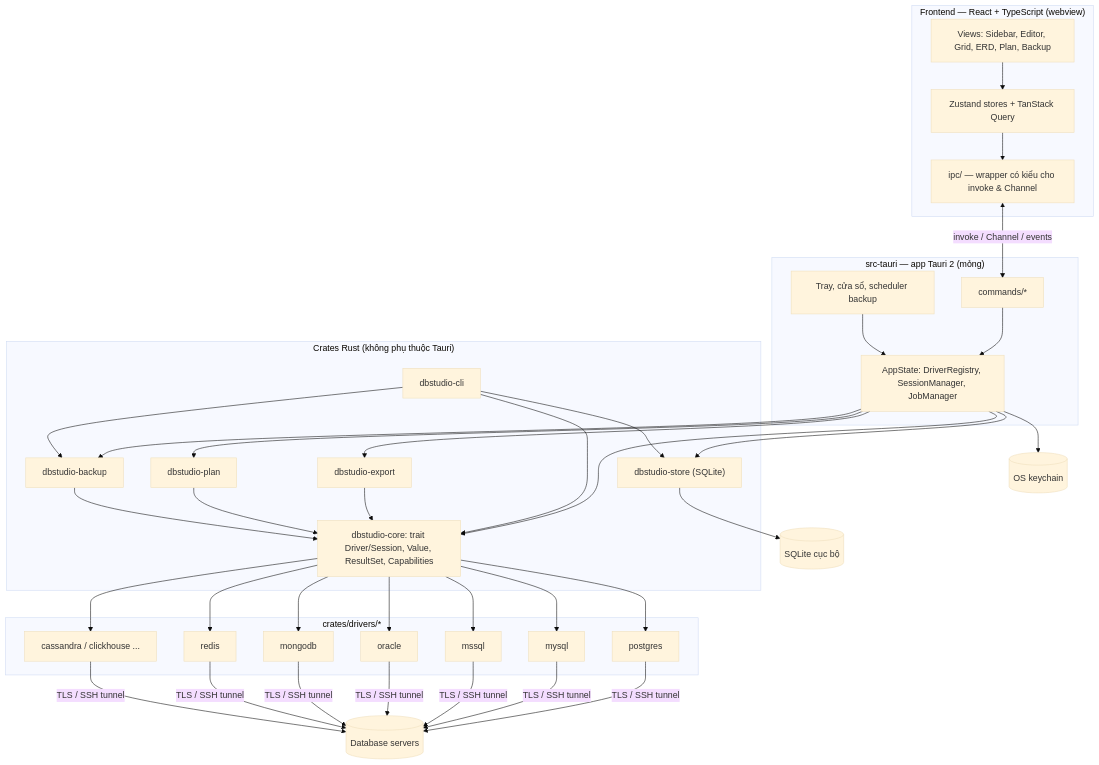
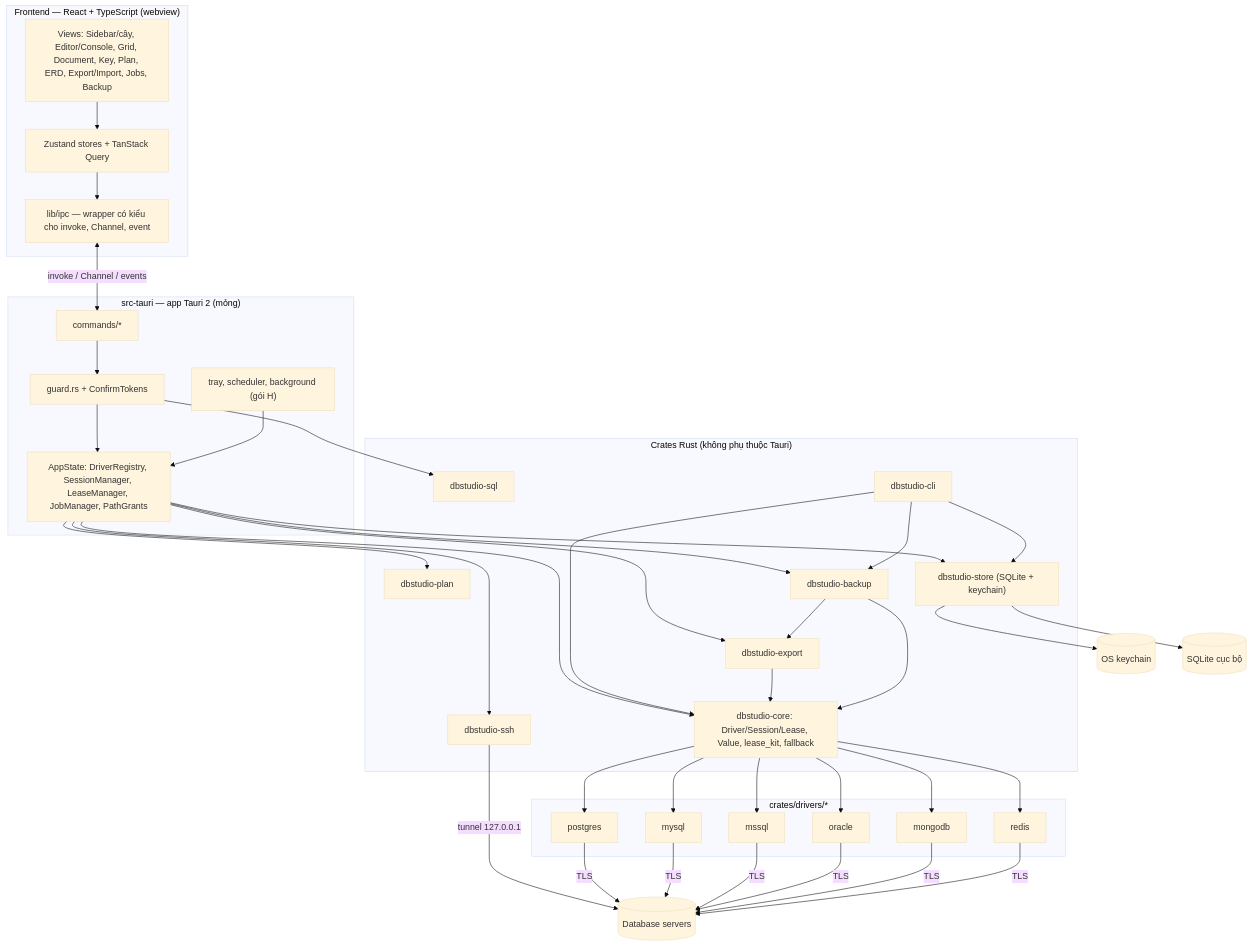
One commit to rickymta/dbstudio changed the first of 3 diagrams in docs/architecture.md. Above: the diagram before and after it, drawn with Mermaid (base theme). The commit also changed other lines of this file and 4 other files, not shown here.

````diff
--- a/docs/architecture.md
+++ b/docs/architecture.md
@@ -17,50 +17,53 @@
 ```mermaid
 flowchart TB
     subgraph FE["Frontend — React + TypeScript (webview)"]
-        UI["Views: Sidebar, Editor, Grid, ERD, Plan, Backup"]
+        UI["Views: Sidebar/cây, Editor/Console, Grid, Document, Key, Plan, ERD, Export/Import, Jobs, Backup"]
         ST["Zustand stores + TanStack Query"]
-        IPC_TS["ipc/ — wrapper có kiểu cho invoke & Channel"]
+        IPC_TS["lib/ipc — wrapper có kiểu cho invoke, Channel, event"]
         UI --> ST --> IPC_TS
     end
 
     subgraph TAURI["src-tauri — app Tauri 2 (mỏng)"]
         CMD["commands/*"]
-        STATE["AppState: DriverRegistry, SessionManager, JobManager"]
-        TRAY["Tray, cửa sổ, scheduler backup"]
-        CMD --> STATE
-        TRAY --> STATE
+        GUARD["guard.rs + ConfirmTokens"]
+        STATE["AppState: DriverRegistry, SessionManager, LeaseManager, JobManager, PathGrants"]
+        BG["tray, scheduler, background (gói H)"]
+        CMD --> GUARD --> STATE
+        BG --> STATE
     end
 
     subgraph CORE["Crates Rust (không phụ thuộc Tauri)"]
-        C["dbstudio-core: trait Driver/Session, Value, ResultSet, Capabilities"]
+        C["dbstudio-core: Driver/Session/Lease, Value, lease_kit, fallback"]
+        SQL["dbstudio-sql"]
+        PLAN["dbstudio-plan"]
         EXP["dbstudio-export"]
-        PLAN["dbstudio-plan"]
         BK["dbstudio-backup"]
-        STORE["dbstudio-store (SQLite)"]
+        SSH["dbstudio-ssh"]
+        STORE["dbstudio-store (SQLite + keychain)"]
         CLI["dbstudio-cli"]
     end
 
     subgraph DRV["crates/drivers/*"]
         PG["postgres"]
         MY["mysql"]
         MS["mssql"]
         OR["oracle"]
         MG["mongodb"]
         RD["redis"]
-        MORE["cassandra / clickhouse ..."]
     end
 
     KC[("OS keychain")]
     SQLITE[("SQLite cục bộ")]
     DBS[("Database servers")]
 
     IPC_TS <-->|"invoke / Channel / events"| CMD
-    STATE --> C
-    STATE --> EXP & PLAN & BK & STORE
+    GUARD --> SQL
+    STATE --> C & PLAN & EXP & BK & STORE & SSH
     CLI --> C & BK & STORE
-    EXP & PLAN & BK --> C
-    C --> PG & MY & MS & OR & MG & RD & MORE
-    PG & MY & MS & OR & MG & RD & MORE -->|"TLS / SSH tunnel"| DBS
-    STATE --> KC
-    STORE --> SQLITE
+    EXP & BK --> C
+    BK --> EXP
+    C --> PG & MY & MS & OR & MG & RD
+    SSH -->|"tunnel 127.0.0.1"| DBS
+    PG & MY & MS & OR & MG & RD -->|"TLS"| DBS
+    STORE --> SQLITE & KC
 ```
````
